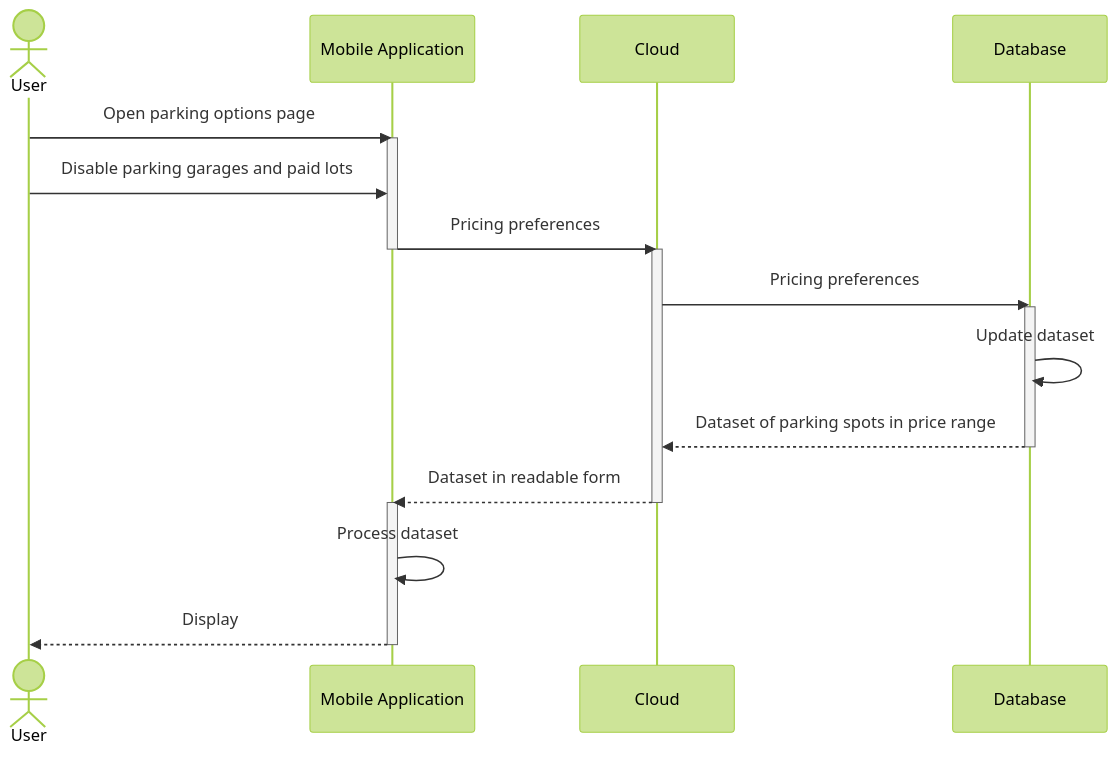
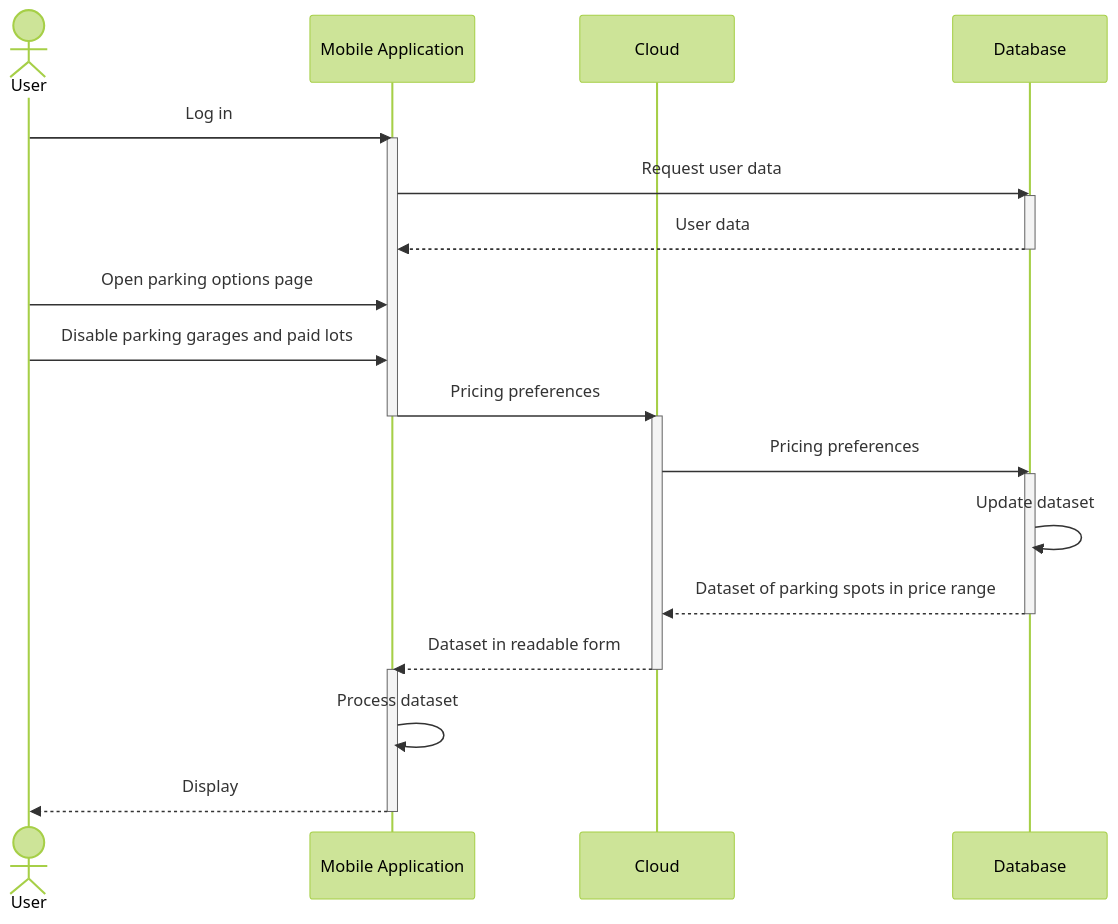
One commit to Capstone-Projects-2023-Spring/project-tutraffic changed the fifth of 11 diagrams in documentation/docs/system-architecture/design.md. Above: the diagram before and after it, drawn with Mermaid (forest theme). The commit also changed other lines of this file, not shown here.

Commit message:
user stories updated

````diff
--- a/documentation/docs/system-architecture/design.md
+++ b/documentation/docs/system-architecture/design.md
@@ -199,26 +201,31 @@
 ```mermaid
 
 sequenceDiagram
     actor u as User
     participant m as Mobile Application
     participant c as Cloud
     participant d as Database
+    u ->> m: Log in
+    activate m 
+    m->>d: Request user data
+    activate d
+    d-->>m: User data
+    deactivate d
     u ->> m: Open parking options page
-    activate m 
     u ->> m: Disable parking garages and paid lots
     m ->> c: Pricing preferences
     deactivate m
     activate c 
     c ->> d: Pricing preferences
     activate d 
     d ->> d: Update dataset
     d -->> c: Dataset of parking spots in price range
     deactivate d
     c -->> m: Dataset in readable form
     deactivate c
     activate m
     m ->> m: Process dataset
     m -->> u: Display
     deactivate m
 
 ```
````
